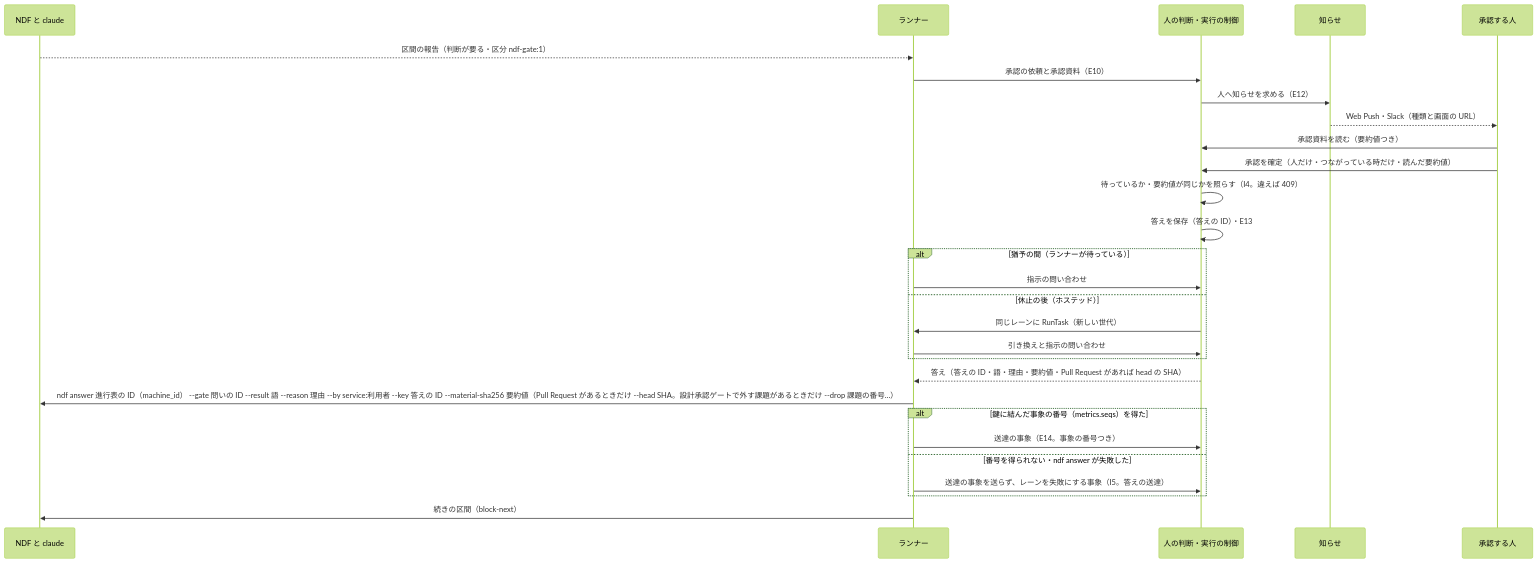
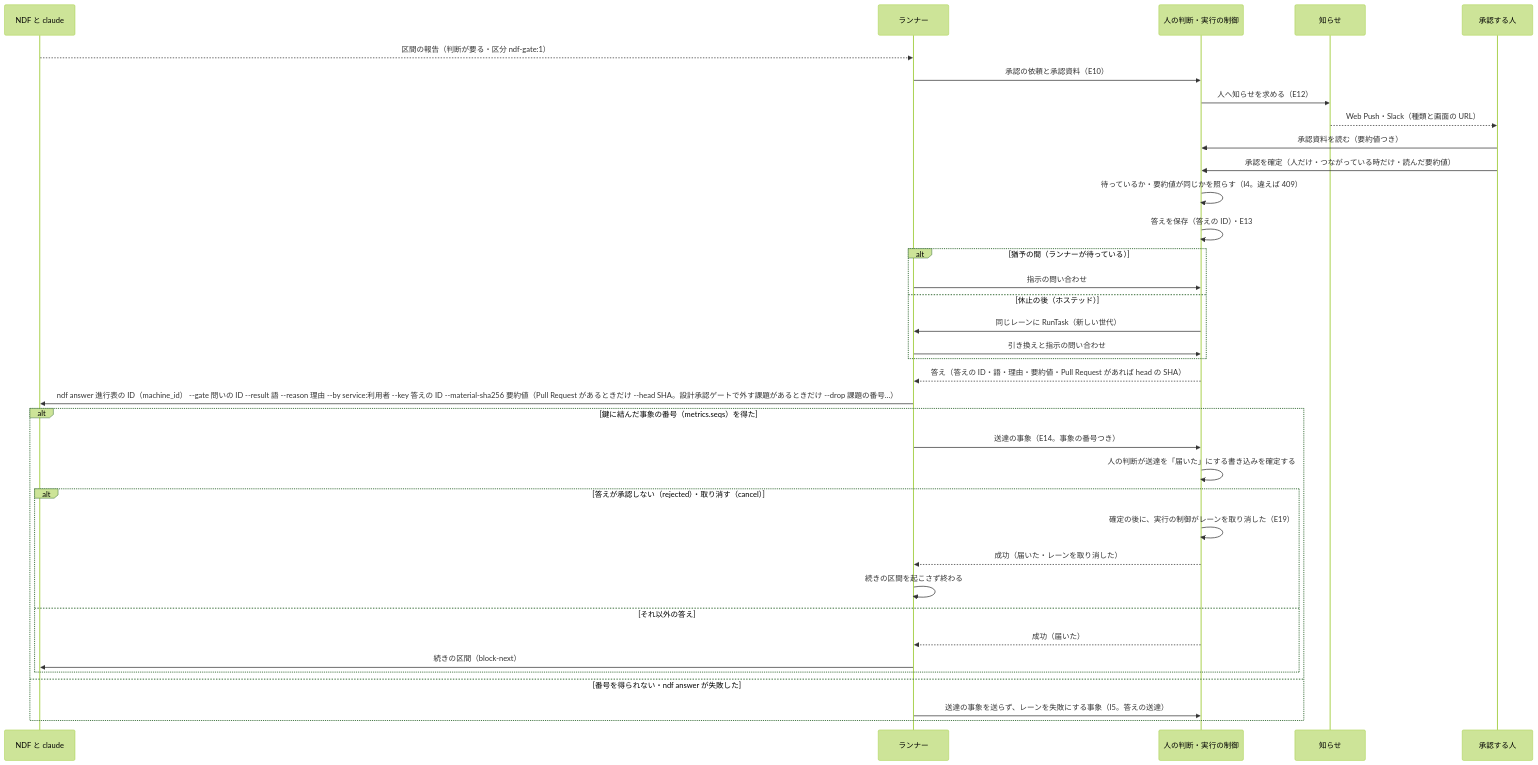
Before and after one commit to devbasex/nd-factory: the seventh of 10 diagrams in docs/design/execution.md, drawn with Mermaid (forest theme). The commit also changed other lines of this file and 2 other files, not shown here.

Commit message:
Docs: #41 の cross-review の指摘に合わせ、確定から NDF までの図でも送達の成功の後に答えの語で分け、承認しない・取り消すの取り消しを送達の確定の後に実行の制御が行う順と経路を明記する（#41）

````diff
--- a/docs/design/execution.md
+++ b/docs/design/execution.md
@@ -430,30 +434,38 @@
 ```mermaid
 sequenceDiagram
     participant N as NDF と claude
     participant R as ランナー
     participant API as 人の判断・実行の制御
     participant K as 知らせ
     participant 人 as 承認する人
     N-->>R: 区間の報告（判断が要る・区分 ndf-gate:1）
     R->>API: 承認の依頼と承認資料（E10）
     API->>K: 人へ知らせを求める（E12）
     K-->>人: Web Push・Slack（種類と画面の URL）
     人->>API: 承認資料を読む（要約値つき）
     人->>API: 承認を確定（人だけ・つながっている時だけ・読んだ要約値）
     API->>API: 待っているか・要約値が同じかを照らす（I4。違えば 409）
     API->>API: 答えを保存（答えの ID）・E13
     alt 猶予の間（ランナーが待っている）
         R->>API: 指示の問い合わせ
     else 休止の後（ホステッド）
         API->>R: 同じレーンに RunTask（新しい世代）
         R->>API: 引き換えと指示の問い合わせ
     end
     API-->>R: 答え（答えの ID・語・理由・要約値・Pull Request があれば head の SHA）
     R->>N: ndf answer 進行表の ID（machine_id） --gate 問いの ID --result 語 --reason 理由 --by service:利用者 --key 答えの ID --material-sha256 要約値（Pull Request があるときだけ --head SHA。設計承認ゲートで外す課題があるときだけ --drop 課題の番号…）
     alt 鍵に結んだ事象の番号（metrics.seqs）を得た
         R->>API: 送達の事象（E14。事象の番号つき）
+        API->>API: 人の判断が送達を「届いた」にする書き込みを確定する
+        alt 答えが承認しない（rejected）・取り消す（cancel）
+            API->>API: 確定の後に、実行の制御がレーンを取り消した（E19）
+            API-->>R: 成功（届いた・レーンを取り消した）
+            R->>R: 続きの区間を起こさず終わる
+        else それ以外の答え
+            API-->>R: 成功（届いた）
+            R->>N: 続きの区間（block-next）
+        end
     else 番号を得られない・ndf answer が失敗した
         R->>API: 送達の事象を送らず、レーンを失敗にする事象（I5。答えの送達）
     end
-    R->>N: 続きの区間（block-next）
 ```
````
